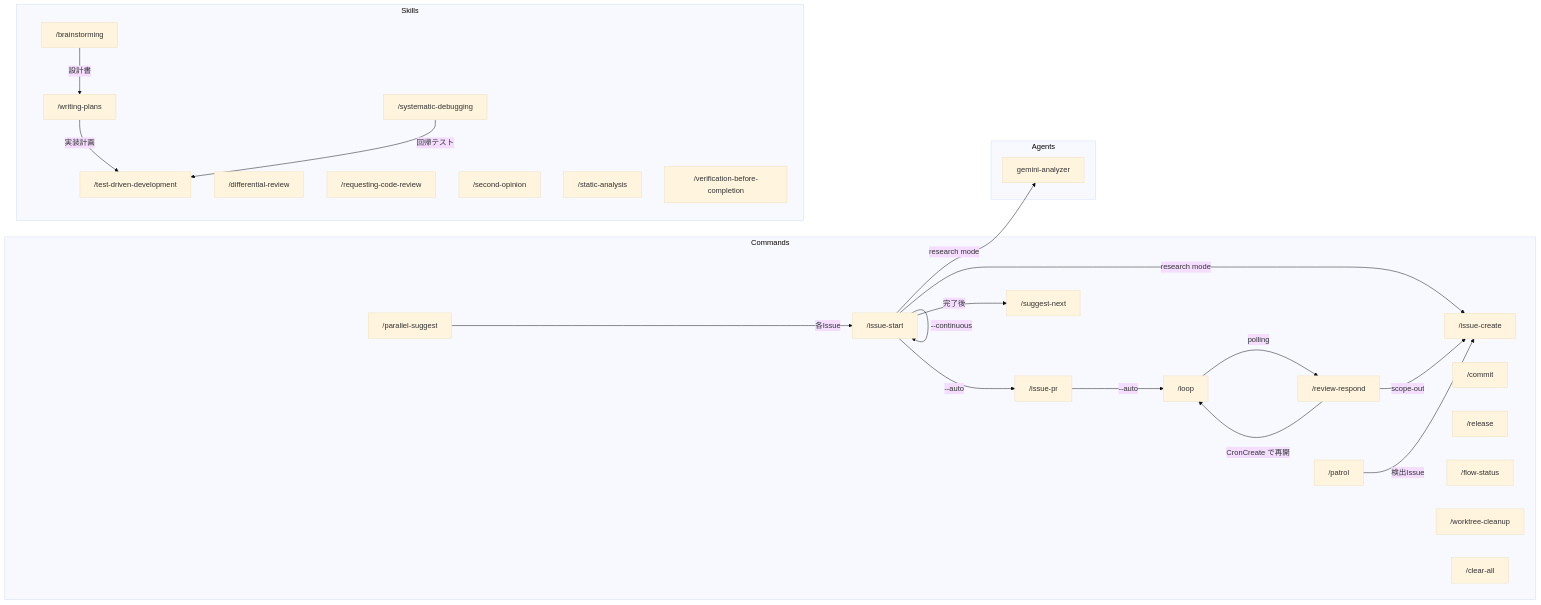
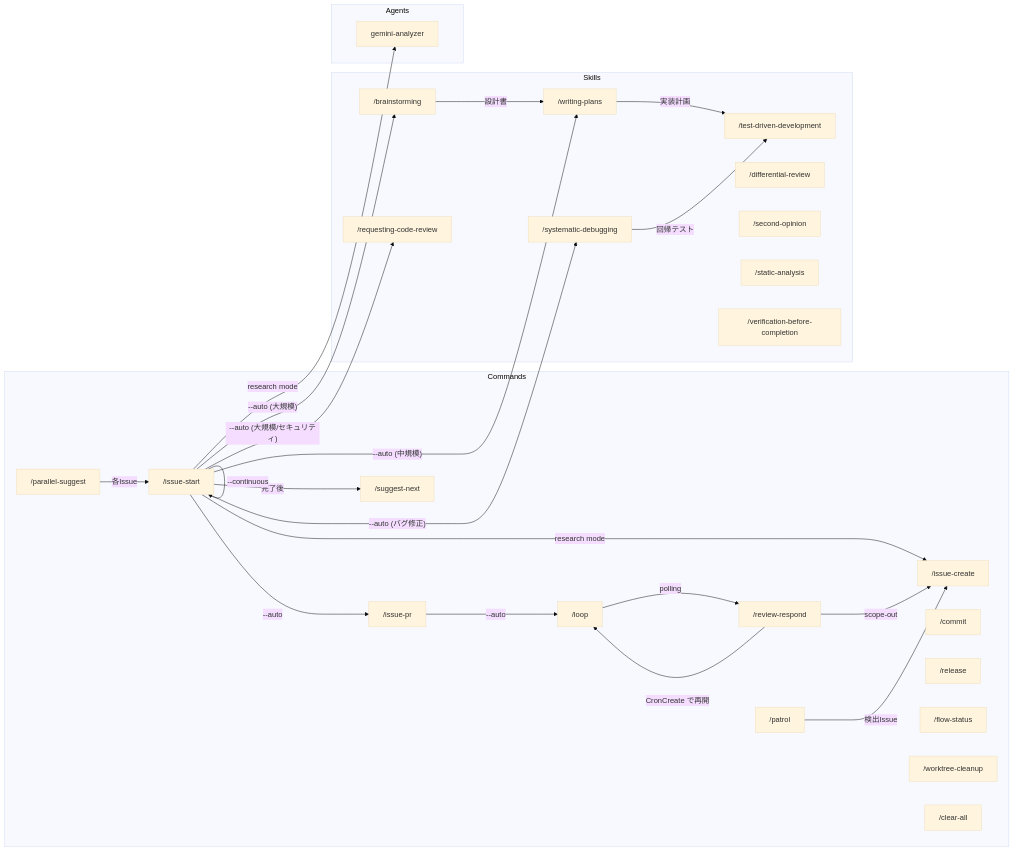
One commit to KdavisO/claude-project-template changed the first of 9 diagrams in docs/command-orchestration.md. Above: the diagram before and after it, drawn with Mermaid (base theme). The commit also changed other lines of this file and 1 other file, not shown here.

First line of the commit message:
feat: /issue-start --auto フローにスキルオーケストレーションを組み込む

````diff
--- a/docs/command-orchestration.md
+++ b/docs/command-orchestration.md
@@ -7,49 +7,53 @@
 ```mermaid
 graph LR
     subgraph Commands
         IS["/issue-start"]
         IP["/issue-pr"]
         RR["/review-respond"]
         LP["/loop"]
         SN["/suggest-next"]
         PS["/parallel-suggest"]
         PT["/patrol"]
         IC["/issue-create"]
         CM["/commit"]
         RL["/release"]
         FS["/flow-status"]
         WC["/worktree-cleanup"]
         CA["/clear-all"]
     end
 
     subgraph Skills
         BD["/brainstorming"]
         WP["/writing-plans"]
         TDD["/test-driven-development"]
         SD["/systematic-debugging"]
         DR["/differential-review"]
         RCR["/requesting-code-review"]
         SO["/second-opinion"]
         SA["/static-analysis"]
         VBC["/verification-before-completion"]
     end
 
     subgraph Agents
         GA["gemini-analyzer"]
     end
 
     IS -->|"--auto"| IP
+    IS -->|"--auto (大規模)"| BD
+    IS -->|"--auto (中規模)"| WP
+    IS -->|"--auto (バグ修正)"| SD
+    IS -->|"--auto (大規模/セキュリティ)"| RCR
     IS -->|"完了後"| SN
     IS -->|"--continuous"| IS
     IS -->|"research mode"| IC
     IS -->|"research mode"| GA
     IP -->|"--auto"| LP
     LP -->|"polling"| RR
     RR -->|"scope-out"| IC
     RR -->|"CronCreate で再開"| LP
     PS -->|"各Issue"| IS
     PT -->|"検出Issue"| IC
     BD -->|"設計書"| WP
     WP -->|"実装計画"| TDD
     SD -->|"回帰テスト"| TDD
 ```
````
